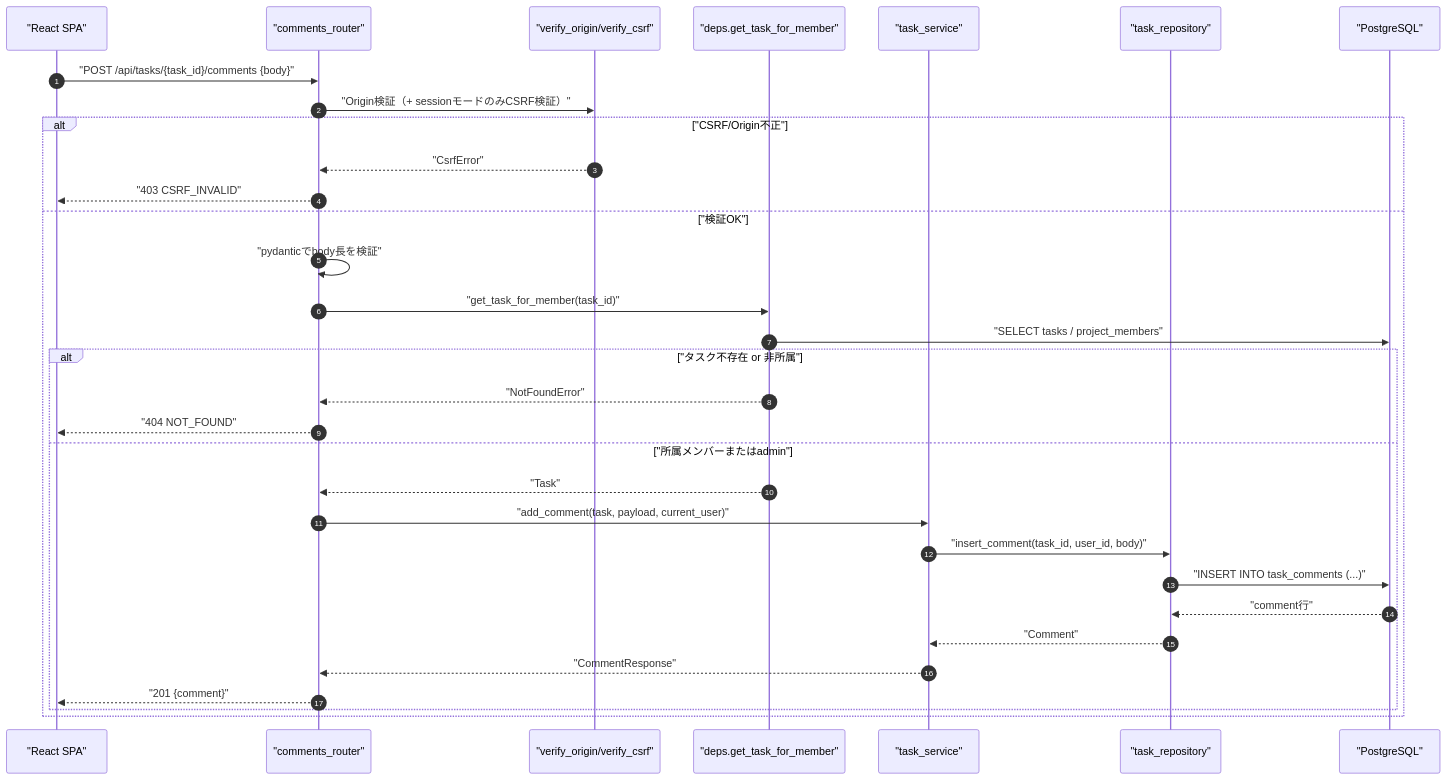
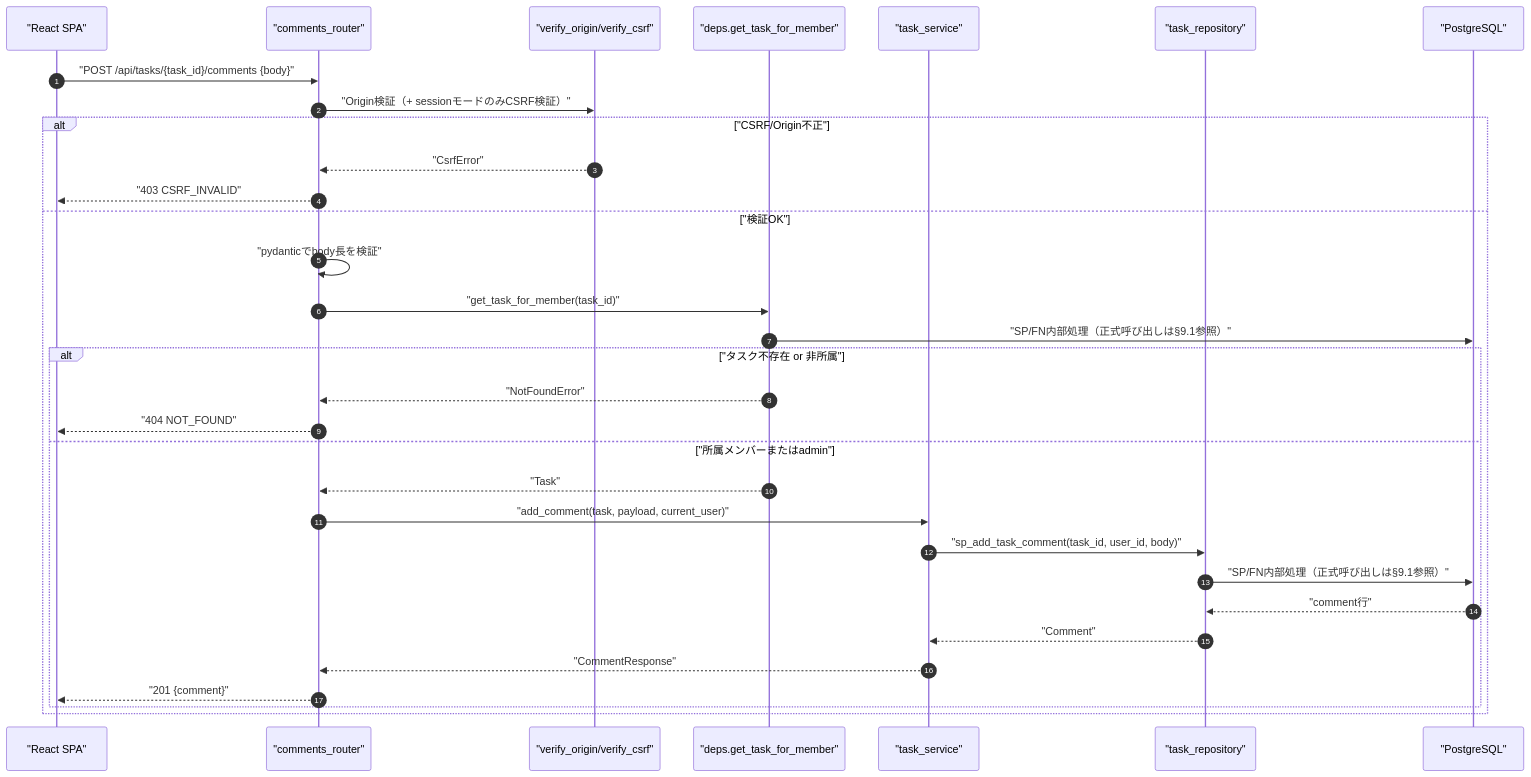
The first of 4 diagrams in detailed_design/api/tasks/07_post_task_comments.md (oikawa-d/task_management), drawn with Mermaid before and after one commit. The commit also changed other lines of this file and 58 other files, not shown here.

````diff
--- a/detailed_design/api/tasks/07_post_task_comments.md
+++ b/detailed_design/api/tasks/07_post_task_comments.md
@@ -94,35 +94,35 @@
 ```mermaid
 sequenceDiagram
     autonumber
     participant FE as "React SPA"
     participant R as "comments_router"
     participant V as "verify_origin/verify_csrf"
     participant D as "deps.get_task_for_member"
     participant S as "task_service"
     participant TR as "task_repository"
     participant PG as "PostgreSQL"
 
     FE->>R: "POST /api/tasks/{task_id}/comments {body}"
     R->>V: "Origin検証（+ sessionモードのみCSRF検証）"
     alt "CSRF/Origin不正"
         V-->>R: "CsrfError"
         R-->>FE: "403 CSRF_INVALID"
     else "検証OK"
         R->>R: "pydanticでbody長を検証"
         R->>D: "get_task_for_member(task_id)"
-        D->>PG: "SELECT tasks / project_members"
+        D->>PG: "SP/FN内部処理（正式呼び出しは§9.1参照）"
         alt "タスク不存在 or 非所属"
             D-->>R: "NotFoundError"
             R-->>FE: "404 NOT_FOUND"
         else "所属メンバーまたはadmin"
             D-->>R: "Task"
             R->>S: "add_comment(task, payload, current_user)"
-            S->>TR: "insert_comment(task_id, user_id, body)"
-            TR->>PG: "INSERT INTO task_comments (...)"
+            S->>TR: "sp_add_task_comment(task_id, user_id, body)"
+            TR->>PG: "SP/FN内部処理（正式呼び出しは§9.1参照）"
             PG-->>TR: "comment行"
             TR-->>S: "Comment"
             S-->>R: "CommentResponse"
             R-->>FE: "201 {comment}"
         end
     end
 ```
````
